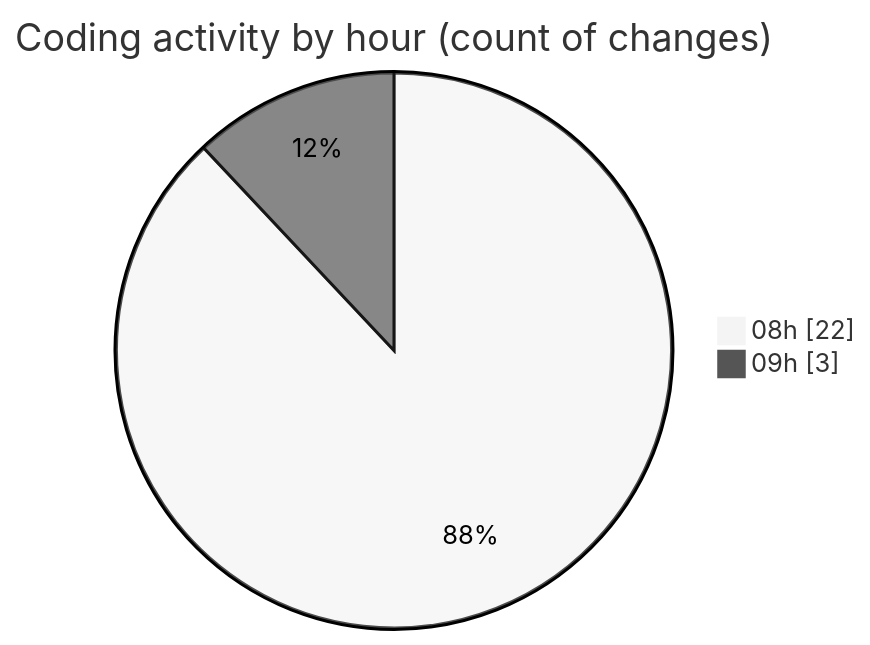
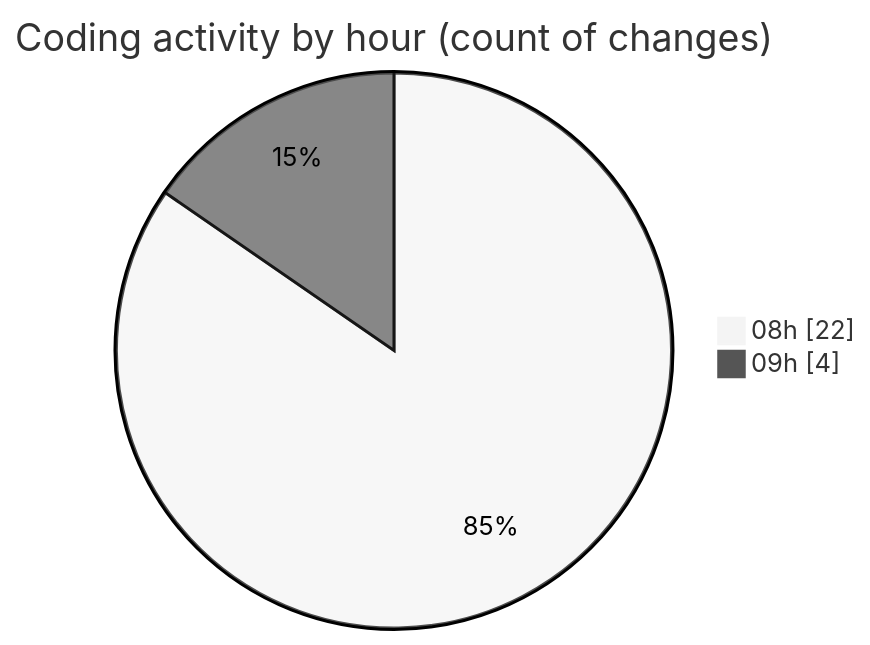
Before and after one commit to robertbonfada/code-tracking: the second of 2 diagrams in 2025-02-17/mbc-web/README.md, drawn with Mermaid (neutral theme). The commit also changed other lines of this file and 1 other file, not shown here.

````diff
--- a/2025-02-17/mbc-web/README.md
+++ b/2025-02-17/mbc-web/README.md
@@ -36,6 +36,6 @@
 ```mermaid
 pie showData
 title Coding activity by hour (count of changes)
 "08h" : 22
-"09h" : 3
+"09h" : 4
 ```
````
